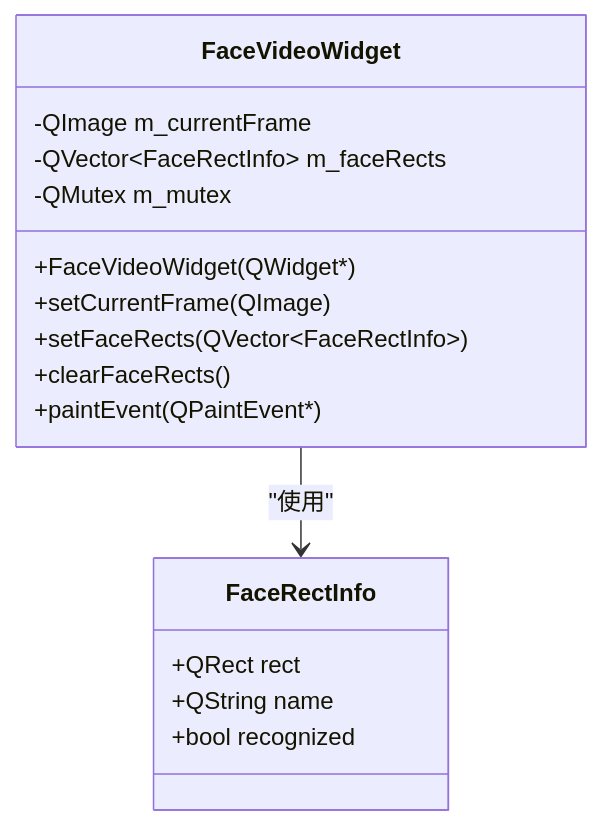
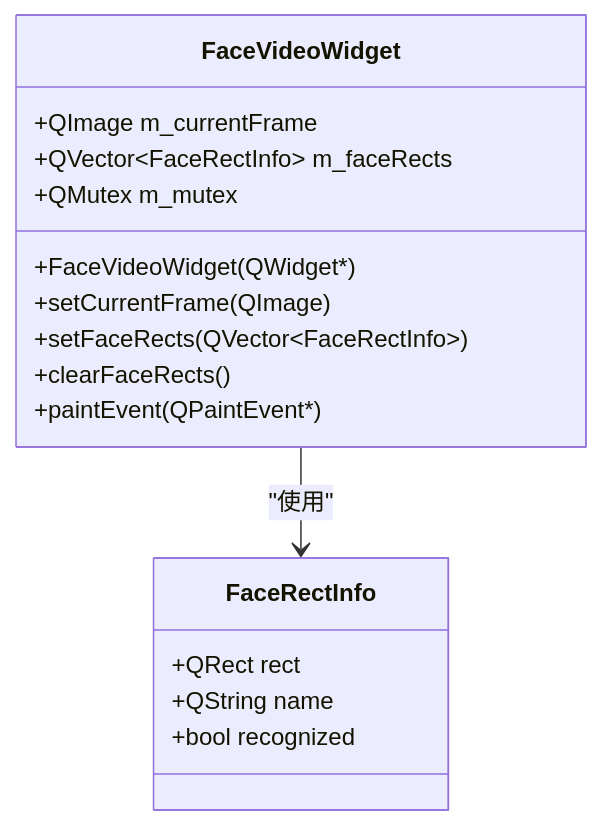
One commit to HeQiTZD/Triple-terminal-Attendance-Punching-System changed the third of 7 diagrams in .qoder/repowiki/zh/content/用户界面设计/人脸视频可视化组件.md. Above: the diagram before and after it, drawn with Mermaid. The commit also changed other lines of this file and 127 other files, not shown here.

````diff
--- a/.qoder/repowiki/zh/content/用户界面设计/人脸视频可视化组件.md
+++ b/.qoder/repowiki/zh/content/用户界面设计/人脸视频可视化组件.md
@@ -201,19 +217,19 @@
 ```mermaid
 classDiagram
 class FaceVideoWidget {
--QImage m_currentFrame
--QVector~FaceRectInfo~ m_faceRects
--QMutex m_mutex
++QImage m_currentFrame
++QVector~FaceRectInfo~ m_faceRects
++QMutex m_mutex
 +FaceVideoWidget(QWidget*)
 +setCurrentFrame(QImage)
 +setFaceRects(QVector~FaceRectInfo~)
 +clearFaceRects()
 +paintEvent(QPaintEvent*)
 }
 class FaceRectInfo {
 +QRect rect
 +QString name
 +bool recognized
 }
 FaceVideoWidget --> FaceRectInfo : "使用"
 ```
````
